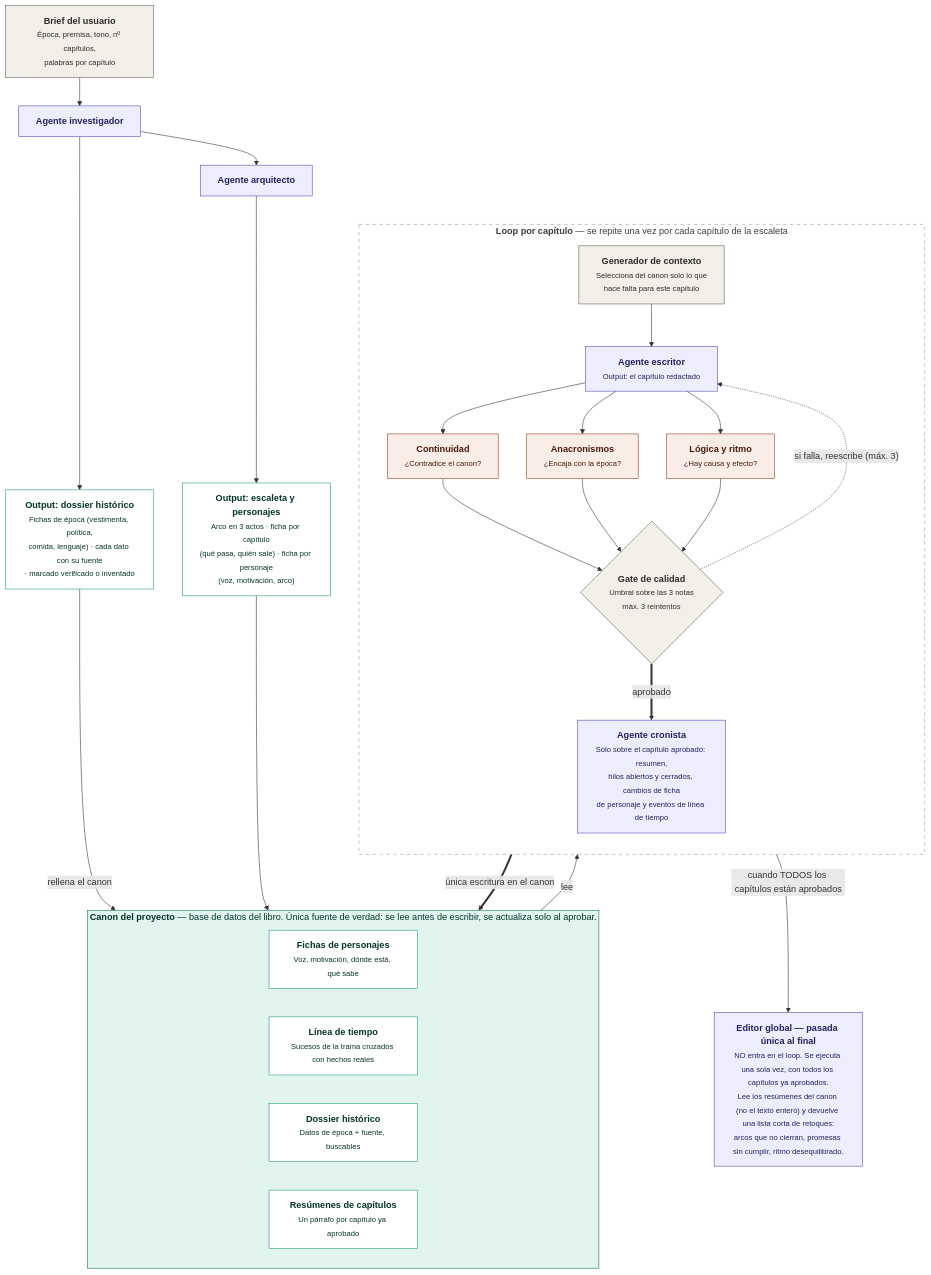
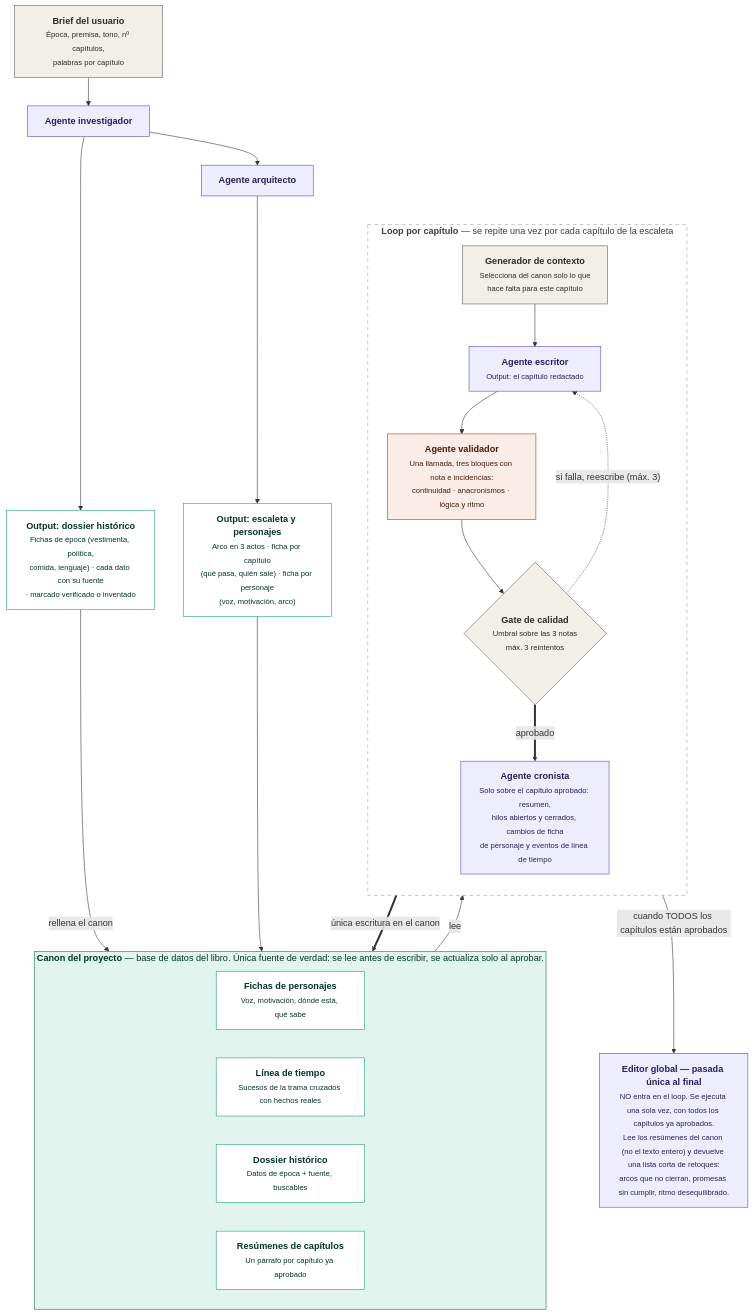
The diagram in docs/diagrama/sistema-novelas-historicas-v2.mermaid (alvarofernandezqaracter/my-story-maker), drawn with Mermaid before and after one commit. The commit also changed 1 other file, not shown here.

Commit message:
docs(spec): validador único y renumeración §6-§17

```diff
--- a/docs/diagrama/sistema-novelas-historicas-v2.mermaid
+++ b/docs/diagrama/sistema-novelas-historicas-v2.mermaid
@@ -1,69 +1,63 @@
 flowchart TD
 
     %% ---------- Fase de preparación (una sola vez) ----------
     brief["<b>Brief del usuario</b><br/><small>Época, premisa, tono, nº capítulos,<br/>palabras por capítulo</small>"]
     inv["<b>Agente investigador</b>"]
     arq["<b>Agente arquitecto</b>"]
     outinv["<b>Output: dossier histórico</b><br/><small>Fichas de época (vestimenta, política,<br/>comida, lenguaje) · cada dato con su fuente<br/>· marcado verificado o inventado</small>"]
     outarq["<b>Output: escaleta y personajes</b><br/><small>Arco en 3 actos · ficha por capítulo<br/>(qué pasa, quién sale) · ficha por personaje<br/>(voz, motivación, arco)</small>"]
 
     brief --> inv
     inv --> arq
     inv --> outinv
     arq --> outarq
 
     %% ---------- Canon ----------
     subgraph canon["<b>Canon del proyecto</b> — base de datos del libro. Única fuente de verdad: se lee antes de escribir, se actualiza solo al aprobar."]
         direction LR
         c1["<b>Fichas de personajes</b><br/><small>Voz, motivación, dónde está, qué sabe</small>"]
         c2["<b>Línea de tiempo</b><br/><small>Sucesos de la trama cruzados con hechos reales</small>"]
         c3["<b>Dossier histórico</b><br/><small>Datos de época + fuente, buscables</small>"]
         c4["<b>Resúmenes de capítulos</b><br/><small>Un párrafo por capítulo ya aprobado</small>"]
     end
 
     outinv -- "rellena el canon" --> canon
     outarq --> canon
 
     %% ---------- Loop por capítulo ----------
     subgraph loop["<b>Loop por capítulo</b> — se repite una vez por cada capítulo de la escaleta"]
         direction TB
         genctx["<b>Generador de contexto</b><br/><small>Selecciona del canon solo lo que<br/>hace falta para este capítulo</small>"]
         escritor["<b>Agente escritor</b><br/><small>Output: el capítulo redactado</small>"]
-        rev1["<b>Continuidad</b><br/><small>¿Contradice el canon?</small>"]
-        rev2["<b>Anacronismos</b><br/><small>¿Encaja con la época?</small>"]
-        rev3["<b>Lógica y ritmo</b><br/><small>¿Hay causa y efecto?</small>"]
+        val["<b>Agente validador</b><br/><small>Una llamada, tres bloques con nota e incidencias:<br/>continuidad · anacronismos · lógica y ritmo</small>"]
         gate{"<b>Gate de calidad</b><br/><small>Umbral sobre las 3 notas<br/>máx. 3 reintentos</small>"}
         cronista["<b>Agente cronista</b><br/><small>Solo sobre el capítulo aprobado: resumen,<br/>hilos abiertos y cerrados, cambios de ficha<br/>de personaje y eventos de línea de tiempo</small>"]
 
         genctx --> escritor
-        escritor --> rev1
-        escritor --> rev2
-        escritor --> rev3
-        rev1 --> gate
-        rev2 --> gate
-        rev3 --> gate
+        escritor --> val
+        val --> gate
         gate -. "si falla, reescribe (máx. 3)" .-> escritor
         gate == "aprobado" ==> cronista
     end
 
     canon -- "lee" --> genctx
     cronista == "única escritura en el canon" ==> canon
 
     %% ---------- Cierre ----------
     editor["<b>Editor global — pasada única al final</b><br/><small>NO entra en el loop. Se ejecuta una sola vez, con todos los capítulos ya aprobados.<br/>Lee los resúmenes del canon (no el texto entero) y devuelve una lista corta de retoques:<br/>arcos que no cierran, promesas sin cumplir, ritmo desequilibrado.</small>"]
 
     gate -- "cuando TODOS los capítulos están aprobados" --> editor
 
     %% ---------- Estilos (leyenda del drawio) ----------
     classDef agente fill:#EEEDFE,stroke:#534AB7,color:#26215C;
     classDef revisor fill:#FAECE7,stroke:#993C1D,color:#4A1B0C;
     classDef datos fill:#FFFFFF,stroke:#1D9E75,color:#04342C;
     classDef harness fill:#F1EFE8,stroke:#5F5E5A,color:#2C2C2A;
 
     class inv,arq,escritor,cronista,editor agente;
-    class rev1,rev2,rev3 revisor;
+    class val revisor;
     class outinv,outarq,c1,c2,c3,c4 datos;
     class brief,genctx,gate harness;
 
     style canon fill:#E1F5EE,stroke:#0F6E56,color:#04342C;
     style loop fill:none,stroke:#9C9A92,stroke-dasharray: 6 6,color:#3D3D3A;
```
